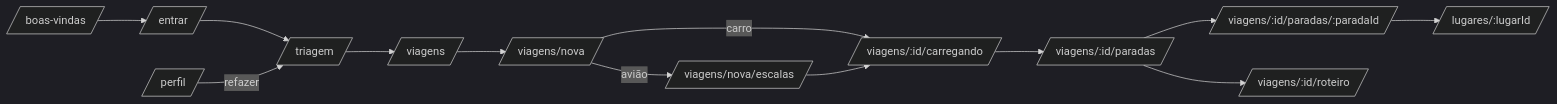
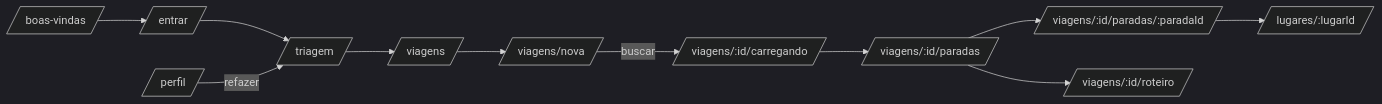
The diagram in docs/rotas.md (Lleooli/desvio), drawn with Mermaid (dark theme) before and after one commit. The commit also changed other lines of this file and 19 other files, not shown here.

Commit message:
Escopo só por terra: carro, moto e bicicleta; sai o modo avião

````diff
--- a/docs/rotas.md
+++ b/docs/rotas.md
@@ -30,10 +29,9 @@
 ```mermaid
 flowchart LR
   bv[/boas-vindas/] --> en[/entrar/] --> tr[/triagem/] --> vi[/viagens/] --> nv[/viagens/nova/]
-  nv -- carro --> ca[/viagens/:id/carregando/]
-  nv -- avião --> es[/viagens/nova/escalas/] --> ca
+  nv -- buscar --> ca[/viagens/:id/carregando/]
   ca --> pa[/viagens/:id/paradas/] --> sw[/viagens/:id/paradas/:paradaId/]
   sw --> lu[/lugares/:lugarId/]
   pa --> ro[/viagens/:id/roteiro/]
   pe[/perfil/] -- refazer --> tr
 ```
````
